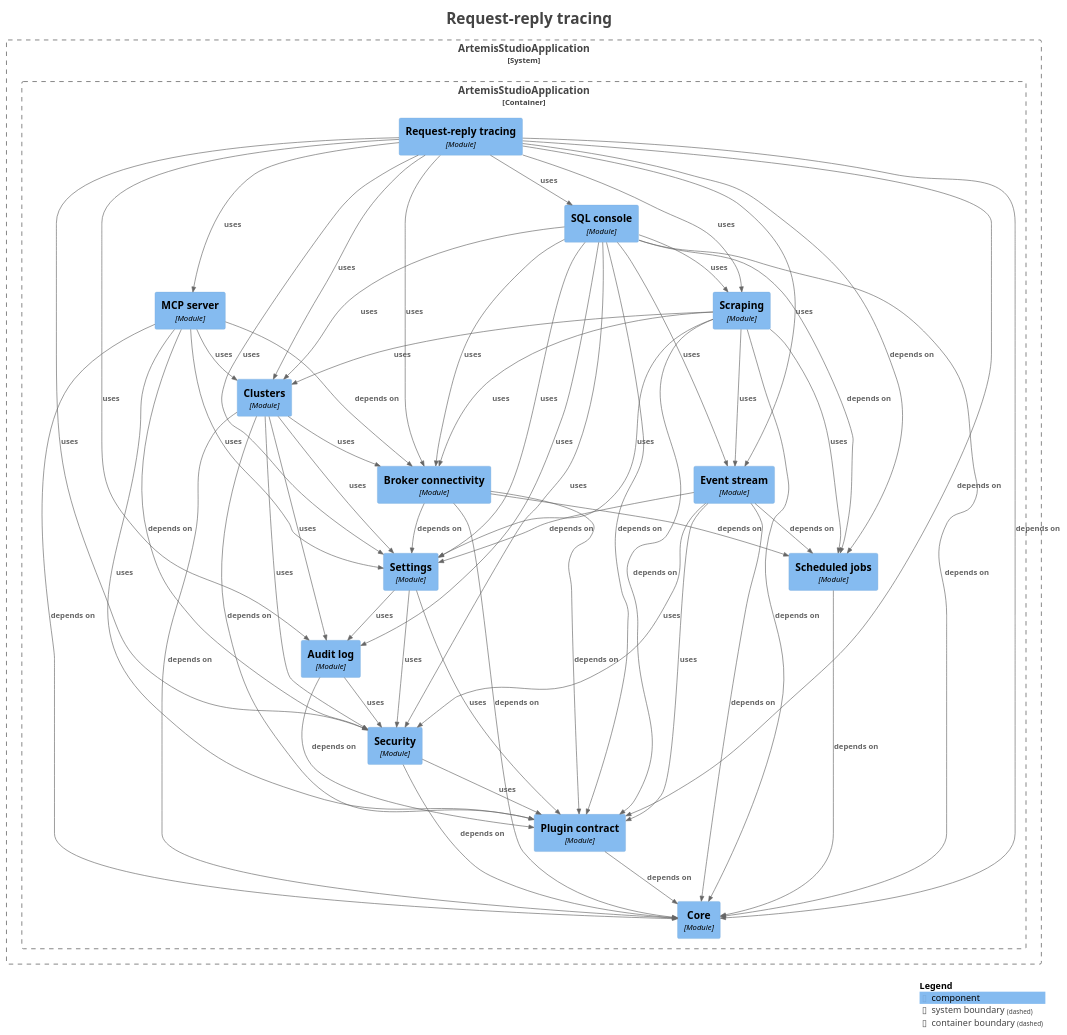
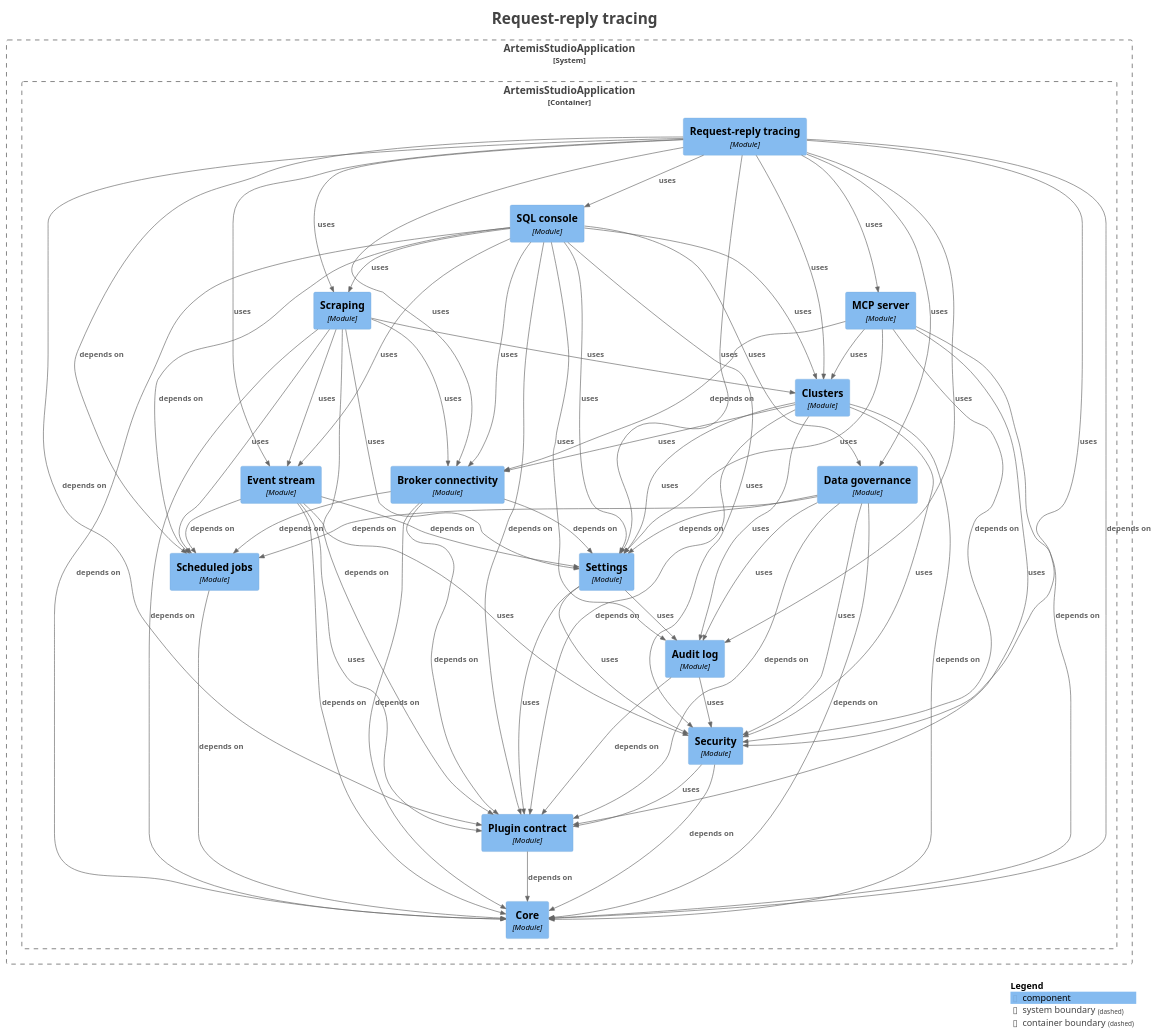
One commit to sudoitir/artemis-studio changed the diagram in docs/modules/module-feature.rr.puml. Above: the diagram before and after it, drawn with PlantUML. The commit also changed 54 other files, not shown here.

```diff
--- a/docs/modules/module-feature.rr.puml
+++ b/docs/modules/module-feature.rr.puml
@@ -20,6 +20,7 @@
     Component(ArtemisStudioApplication.ArtemisStudioApplication.Settings, "Settings", $techn="Module", $descr="", $tags="", $link="")
     Component(ArtemisStudioApplication.ArtemisStudioApplication.Eventstream, "Event stream", $techn="Module", $descr="", $tags="", $link="")
     Component(ArtemisStudioApplication.ArtemisStudioApplication.Brokerconnectivity, "Broker connectivity", $techn="Module", $descr="", $tags="", $link="")
+    Component(ArtemisStudioApplication.ArtemisStudioApplication.Datagovernance, "Data governance", $techn="Module", $descr="", $tags="", $link="")
     Component(ArtemisStudioApplication.ArtemisStudioApplication.Clusters, "Clusters", $techn="Module", $descr="", $tags="", $link="")
     Component(ArtemisStudioApplication.ArtemisStudioApplication.MCPserver, "MCP server", $techn="Module", $descr="", $tags="", $link="")
     Component(ArtemisStudioApplication.ArtemisStudioApplication.Scraping, "Scraping", $techn="Module", $descr="", $tags="", $link="")
@@ -46,6 +47,12 @@
 Rel(ArtemisStudioApplication.ArtemisStudioApplication.Clusters, ArtemisStudioApplication.ArtemisStudioApplication.Plugincontract, "depends on", $techn="", $tags="", $link="")
 Rel(ArtemisStudioApplication.ArtemisStudioApplication.Clusters, ArtemisStudioApplication.ArtemisStudioApplication.Security, "uses", $techn="", $tags="", $link="")
 Rel(ArtemisStudioApplication.ArtemisStudioApplication.Clusters, ArtemisStudioApplication.ArtemisStudioApplication.Settings, "uses", $techn="", $tags="", $link="")
+Rel(ArtemisStudioApplication.ArtemisStudioApplication.Datagovernance, ArtemisStudioApplication.ArtemisStudioApplication.Auditlog, "uses", $techn="", $tags="", $link="")
+Rel(ArtemisStudioApplication.ArtemisStudioApplication.Datagovernance, ArtemisStudioApplication.ArtemisStudioApplication.Core, "depends on", $techn="", $tags="", $link="")
+Rel(ArtemisStudioApplication.ArtemisStudioApplication.Datagovernance, ArtemisStudioApplication.ArtemisStudioApplication.Plugincontract, "depends on", $techn="", $tags="", $link="")
+Rel(ArtemisStudioApplication.ArtemisStudioApplication.Datagovernance, ArtemisStudioApplication.ArtemisStudioApplication.Scheduledjobs, "depends on", $techn="", $tags="", $link="")
+Rel(ArtemisStudioApplication.ArtemisStudioApplication.Datagovernance, ArtemisStudioApplication.ArtemisStudioApplication.Security, "uses", $techn="", $tags="", $link="")
+Rel(ArtemisStudioApplication.ArtemisStudioApplication.Datagovernance, ArtemisStudioApplication.ArtemisStudioApplication.Settings, "depends on", $techn="", $tags="", $link="")
 Rel(ArtemisStudioApplication.ArtemisStudioApplication.Eventstream, ArtemisStudioApplication.ArtemisStudioApplication.Core, "depends on", $techn="", $tags="", $link="")
 Rel(ArtemisStudioApplication.ArtemisStudioApplication.Eventstream, ArtemisStudioApplication.ArtemisStudioApplication.Plugincontract, "uses", $techn="", $tags="", $link="")
 Rel(ArtemisStudioApplication.ArtemisStudioApplication.Eventstream, ArtemisStudioApplication.ArtemisStudioApplication.Scheduledjobs, "depends on", $techn="", $tags="", $link="")
@@ -62,6 +69,7 @@
 Rel(ArtemisStudioApplication.ArtemisStudioApplication.Requestreplytracing, ArtemisStudioApplication.ArtemisStudioApplication.Brokerconnectivity, "uses", $techn="", $tags="", $link="")
 Rel(ArtemisStudioApplication.ArtemisStudioApplication.Requestreplytracing, ArtemisStudioApplication.ArtemisStudioApplication.Clusters, "uses", $techn="", $tags="", $link="")
 Rel(ArtemisStudioApplication.ArtemisStudioApplication.Requestreplytracing, ArtemisStudioApplication.ArtemisStudioApplication.Core, "depends on", $techn="", $tags="", $link="")
+Rel(ArtemisStudioApplication.ArtemisStudioApplication.Requestreplytracing, ArtemisStudioApplication.ArtemisStudioApplication.Datagovernance, "uses", $techn="", $tags="", $link="")
 Rel(ArtemisStudioApplication.ArtemisStudioApplication.Requestreplytracing, ArtemisStudioApplication.ArtemisStudioApplication.Eventstream, "uses", $techn="", $tags="", $link="")
 Rel(ArtemisStudioApplication.ArtemisStudioApplication.Requestreplytracing, ArtemisStudioApplication.ArtemisStudioApplication.MCPserver, "uses", $techn="", $tags="", $link="")
 Rel(ArtemisStudioApplication.ArtemisStudioApplication.Requestreplytracing, ArtemisStudioApplication.ArtemisStudioApplication.Plugincontract, "depends on", $techn="", $tags="", $link="")
@@ -74,6 +82,7 @@
 Rel(ArtemisStudioApplication.ArtemisStudioApplication.SQLconsole, ArtemisStudioApplication.ArtemisStudioApplication.Brokerconnectivity, "uses", $techn="", $tags="", $link="")
 Rel(ArtemisStudioApplication.ArtemisStudioApplication.SQLconsole, ArtemisStudioApplication.ArtemisStudioApplication.Clusters, "uses", $techn="", $tags="", $link="")
 Rel(ArtemisStudioApplication.ArtemisStudioApplication.SQLconsole, ArtemisStudioApplication.ArtemisStudioApplication.Core, "depends on", $techn="", $tags="", $link="")
+Rel(ArtemisStudioApplication.ArtemisStudioApplication.SQLconsole, ArtemisStudioApplication.ArtemisStudioApplication.Datagovernance, "uses", $techn="", $tags="", $link="")
 Rel(ArtemisStudioApplication.ArtemisStudioApplication.SQLconsole, ArtemisStudioApplication.ArtemisStudioApplication.Eventstream, "uses", $techn="", $tags="", $link="")
 Rel(ArtemisStudioApplication.ArtemisStudioApplication.SQLconsole, ArtemisStudioApplication.ArtemisStudioApplication.Plugincontract, "depends on", $techn="", $tags="", $link="")
 Rel(ArtemisStudioApplication.ArtemisStudioApplication.SQLconsole, ArtemisStudioApplication.ArtemisStudioApplication.Scheduledjobs, "depends on", $techn="", $tags="", $link="")
```
